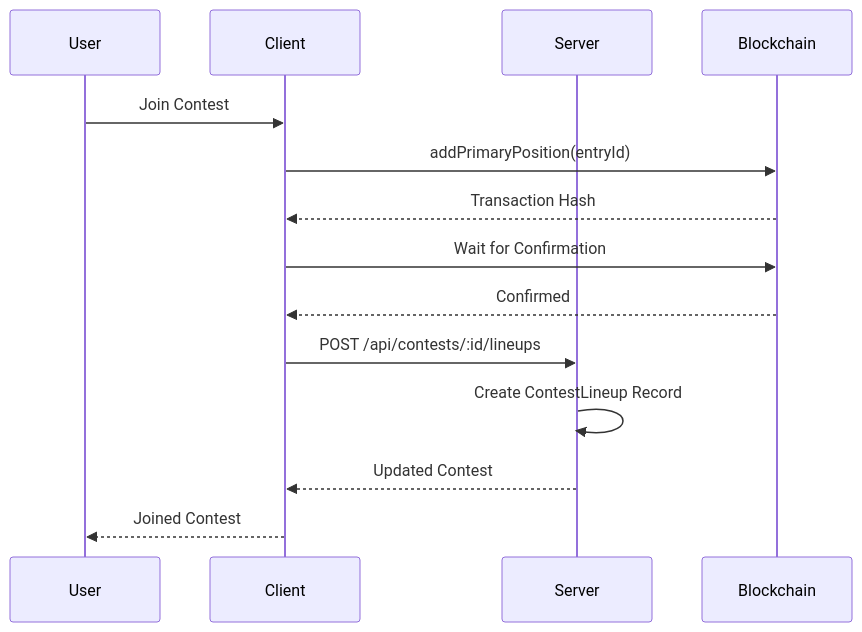
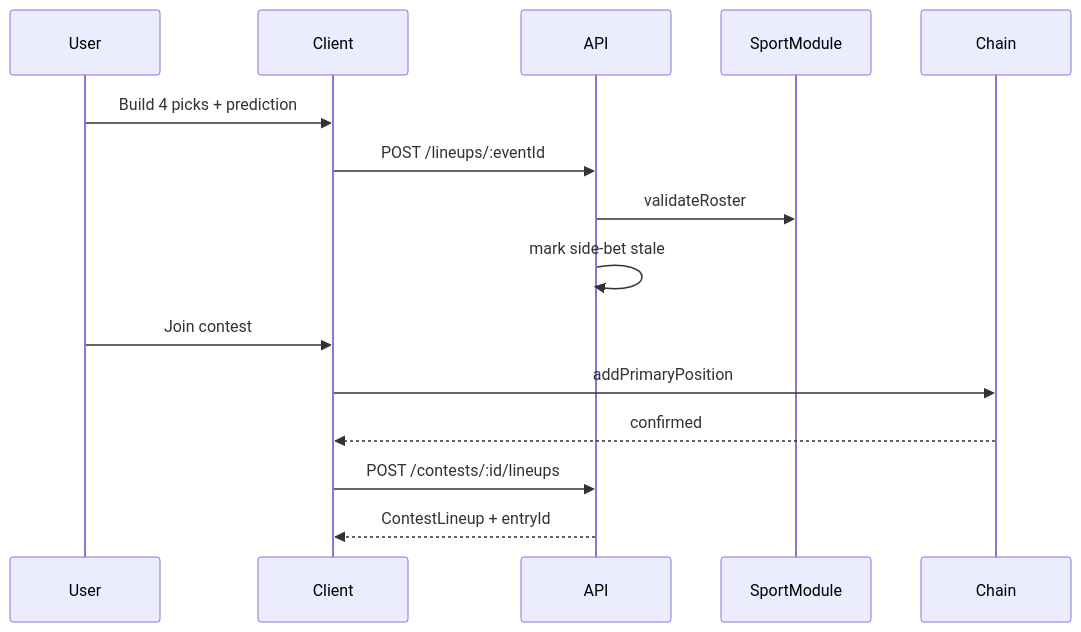
The fourth of 7 diagrams in spec/cross-layer.md (MagRelo/cut), drawn with Mermaid before and after one commit. The commit also changed other lines of this file and 214 other files, not shown here.

First line of the commit message:
Refactor platform architecture and enhance contest functionality

````diff
--- a/spec/cross-layer.md
+++ b/spec/cross-layer.md
@@ -122,17 +107,18 @@
 ```mermaid
 sequenceDiagram
-    participant User
-    participant Client
-    participant Server
-    participant Blockchain
-    
-    User->>Client: Join Contest
-    Client->>Blockchain: addPrimaryPosition(entryId)
-    Blockchain-->>Client: Transaction Hash
-    Client->>Blockchain: Wait for Confirmation
-    Blockchain-->>Client: Confirmed
-    Client->>Server: POST /api/contests/:id/lineups
-    Server->>Server: Create ContestLineup Record
-    Server-->>Client: Updated Contest
-    Client-->>User: Joined Contest
+  participant User
+  participant Client
+  participant API
+  participant Mod as SportModule
+  participant Chain
+
+  User->>Client: Build 4 picks + prediction
+  Client->>API: POST /lineups/:eventId
+  API->>Mod: validateRoster
+  API->>API: mark side-bet stale
+  User->>Client: Join contest
+  Client->>Chain: addPrimaryPosition
+  Chain-->>Client: confirmed
+  Client->>API: POST /contests/:id/lineups
+  API-->>Client: ContestLineup + entryId
 ```
````
